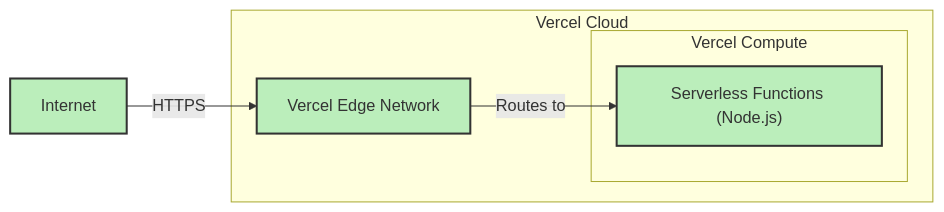
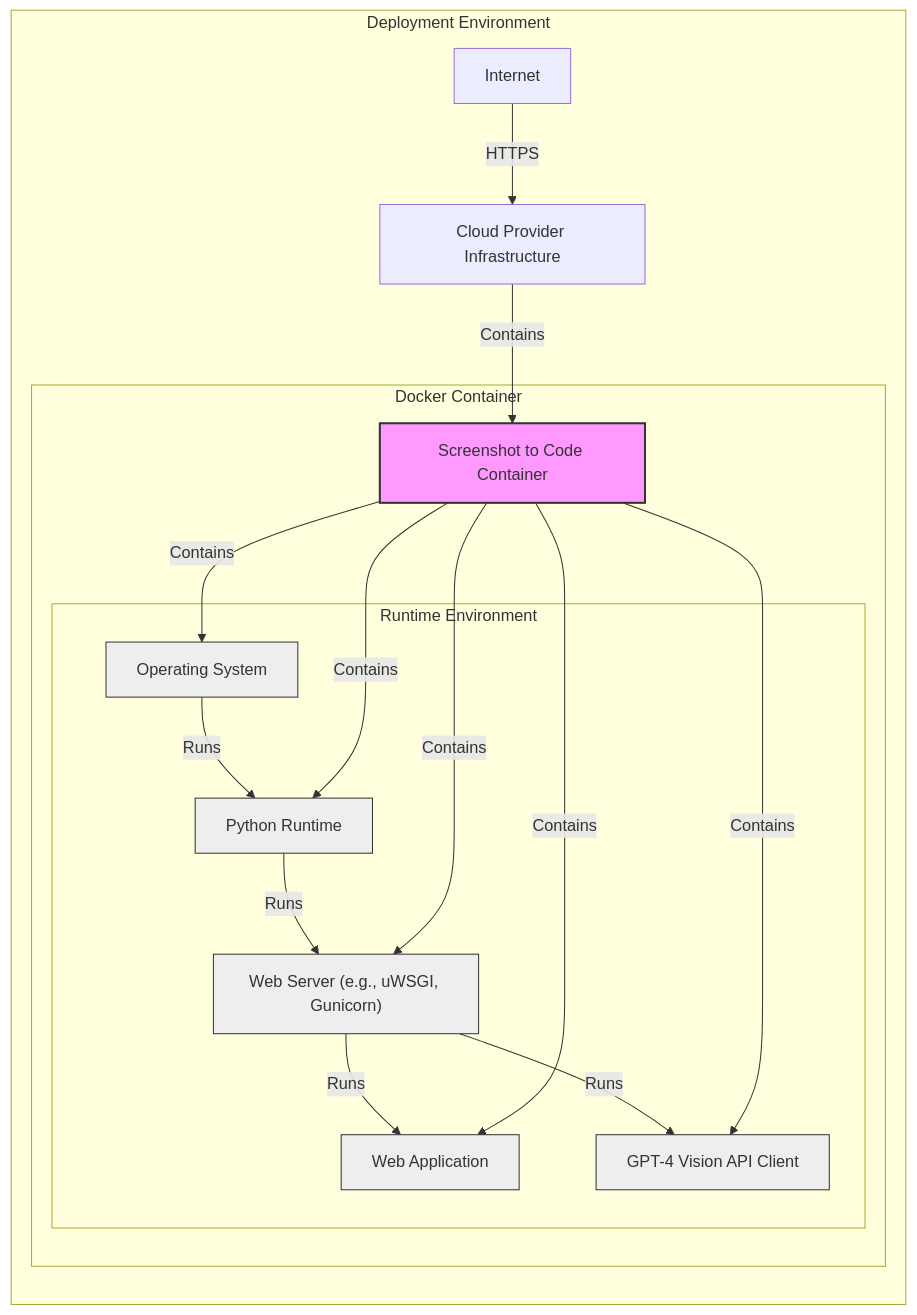
The third of 4 diagrams in examples/github-sec-design-screenshot-to-code-gemini-2.0-flash-thinking-exp.md (xvnpw/ai-security-analyzer), drawn with Mermaid before and after one commit. The commit also changed other lines of this file and 102 other files, not shown here.

````diff
--- a/examples/github-sec-design-screenshot-to-code-gemini-2.0-flash-thinking-exp.md
+++ b/examples/github-sec-design-screenshot-to-code-gemini-2.0-flash-thinking-exp.md
@@ -196,16 +132,32 @@
 ```mermaid
-flowchart LR
-    subgraph Vercel Cloud
-        A["Vercel Edge Network"]:::deployment_node
-        subgraph Vercel Compute
-            B["Serverless Functions (Node.js)"]:::deployment_node
+graph LR
+    subgraph "Deployment Environment"
+        subgraph "Docker Container"
+            A["Screenshot to Code Container"]
+            subgraph "Runtime Environment"
+                B["Operating System"]
+                C["Python Runtime"]
+                D["Web Server (e.g., uWSGI, Gunicorn)"]
+                E["Web Application"]
+                F["GPT-4 Vision API Client"]
+            end
+            B -- Runs --> C
+            C -- Runs --> D
+            D -- Runs --> E
+            D -- Runs --> F
+            A -- Contains --> B
+            A -- Contains --> C
+            A -- Contains --> D
+            A -- Contains --> E
+            A -- Contains --> F
         end
+        G["Cloud Provider Infrastructure"] -- Contains --> A
+        H["Internet"] -- "HTTPS" --> G
     end
-    C["Internet"]:::deployment_node
-
-    C -- HTTPS --> A
-    A -- Routes to --> B
-
-    classDef deployment_node fill:#beb,stroke:#333,stroke-width:2px
-    classDef deployment_environment fill:#eee,stroke:#333,stroke-width:2px
+    style A fill:#f9f,stroke:#333,stroke-width:2px
+    style B fill:#eee,stroke:#333,stroke-width:1px
+    style C fill:#eee,stroke:#333,stroke-width:1px
+    style D fill:#eee,stroke:#333,stroke-width:1px
+    style E fill:#eee,stroke:#333,stroke-width:1px
+    style F fill:#eee,stroke:#333,stroke-width:1px
 ```
````
